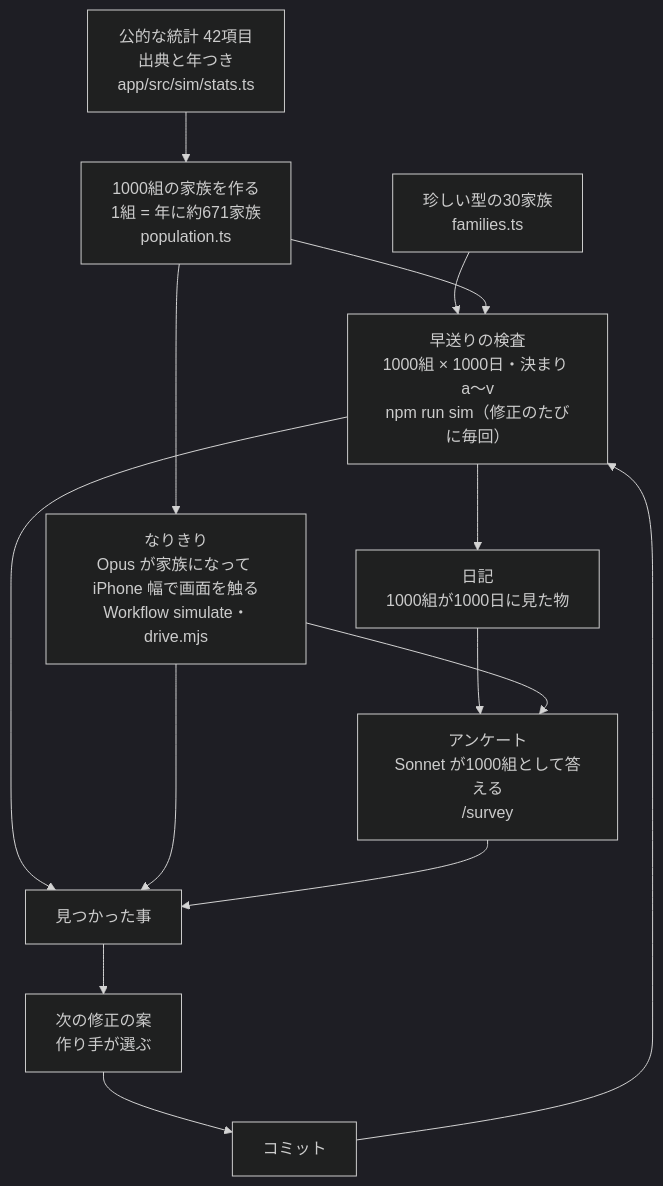
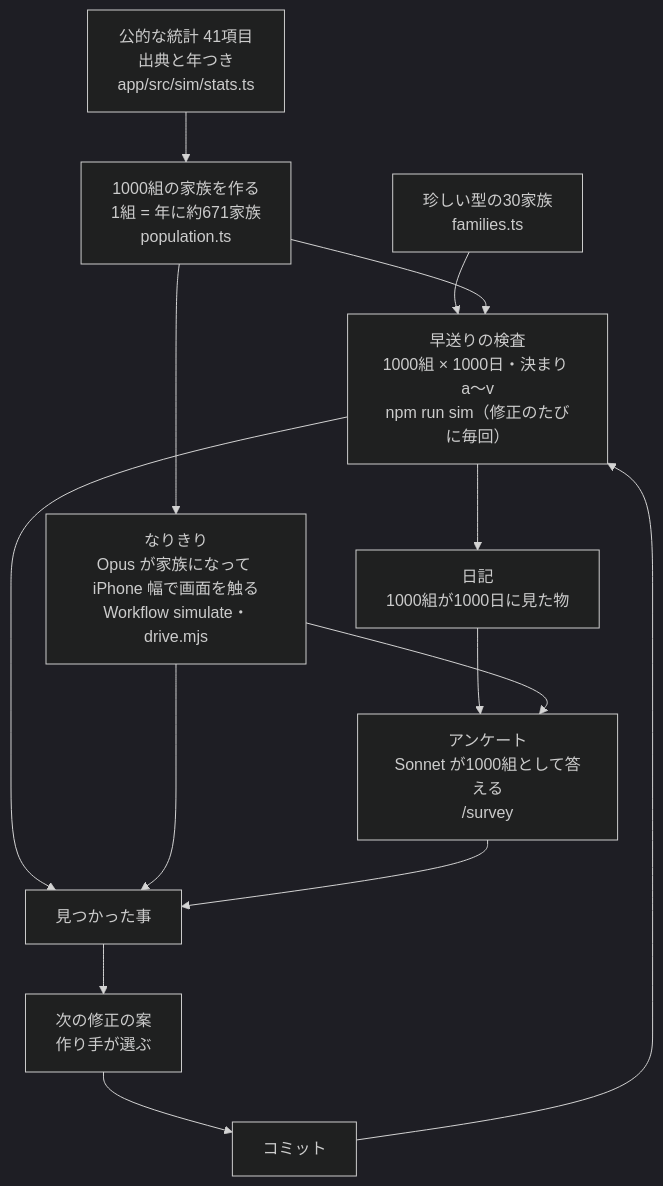
The second of 2 diagrams in docs/BUILT_WITH_CLAUDE_CODE.md (Kamicham/boshi-techo), drawn with Mermaid (dark theme) before and after one commit. The commit also changed other lines of this file and 9 other files, not shown here.

````diff
--- a/docs/BUILT_WITH_CLAUDE_CODE.md
+++ b/docs/BUILT_WITH_CLAUDE_CODE.md
@@ -44,16 +44,16 @@
 ```mermaid
 flowchart TD
-  S["公的な統計 42項目<br/>出典と年つき<br/>app/src/sim/stats.ts"] --> P["1000組の家族を作る<br/>1組 = 年に約671家族<br/>population.ts"]
+  S["公的な統計 41項目<br/>出典と年つき<br/>app/src/sim/stats.ts"] --> P["1000組の家族を作る<br/>1組 = 年に約671家族<br/>population.ts"]
   F["珍しい型の30家族<br/>families.ts"] --> FF
   P --> FF["早送りの検査<br/>1000組 × 1000日・決まり a〜v<br/>npm run sim（修正のたびに毎回）"]
   P --> R["なりきり<br/>Opus が家族になって iPhone 幅で画面を触る<br/>Workflow simulate・drive.mjs"]
   FF --> D["日記<br/>1000組が1000日に見た物"]
   D --> Q["アンケート<br/>Sonnet が1000組として答える<br/>/survey"]
   R --> Q
   FF --> K["見つかった事"]
   R --> K
   Q --> K
   K --> Plan["次の修正の案<br/>作り手が選ぶ"]
   Plan --> C["コミット"]
   C --> FF
 ```
````
